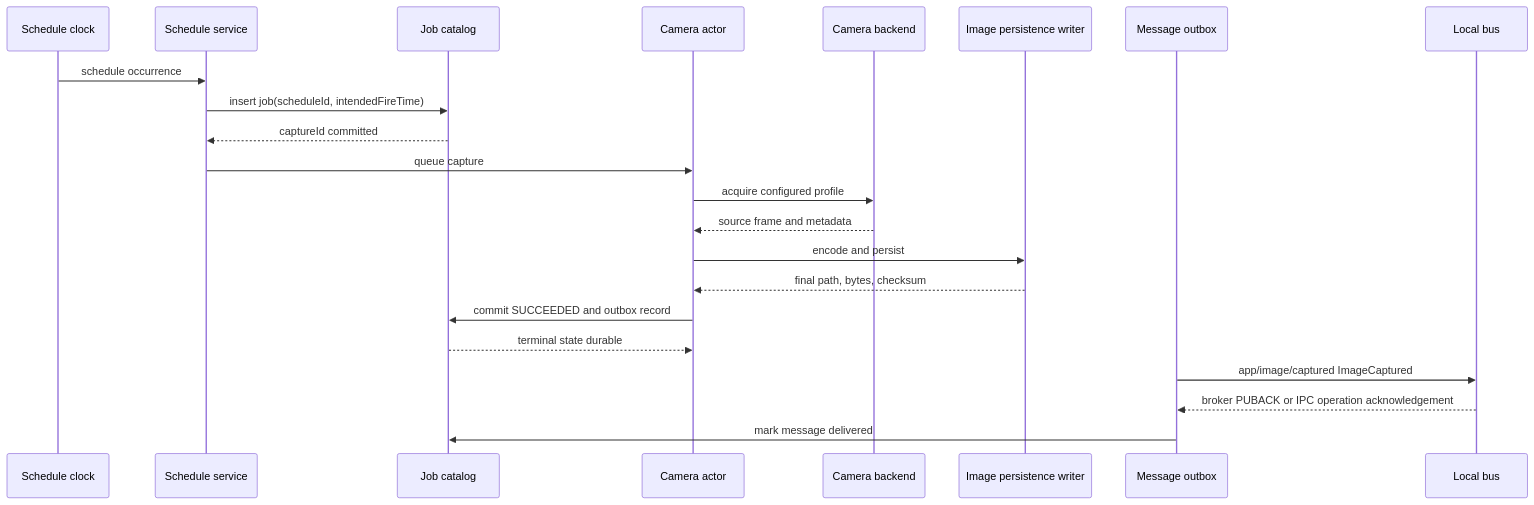
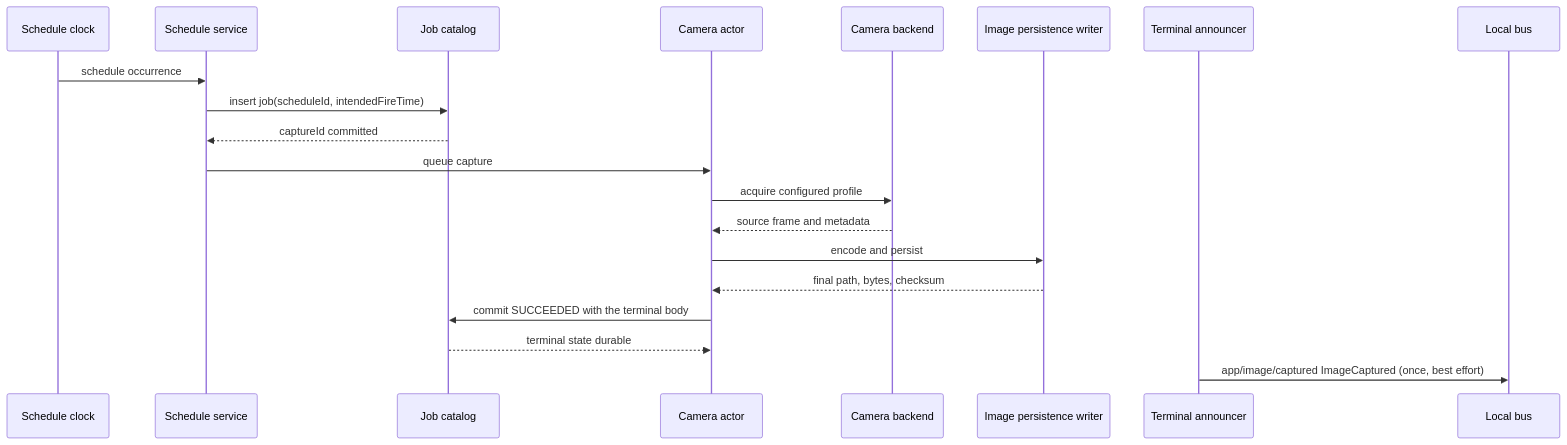
One commit to edgecommons/camera-adapter changed the seventh of 15 diagrams in DESIGN.md. Above: the diagram before and after it, drawn with Mermaid. The commit also changed other lines of this file and 24 other files, not shown here.

````diff
--- a/DESIGN.md
+++ b/DESIGN.md
@@ -1645,25 +1646,23 @@
 ```mermaid
 sequenceDiagram
   participant Clock as Schedule clock
   participant Scheduler as Schedule service
   participant Catalog as Job catalog
   participant Worker as Camera actor
   participant Camera as Camera backend
   participant Disk as Image persistence writer
-  participant Outbox as Message outbox
+  participant Announcer as Terminal announcer
   participant Bus as Local bus
 
   Clock->>Scheduler: schedule occurrence
   Scheduler->>Catalog: insert job(scheduleId, intendedFireTime)
   Catalog-->>Scheduler: captureId committed
   Scheduler->>Worker: queue capture
   Worker->>Camera: acquire configured profile
   Camera-->>Worker: source frame and metadata
   Worker->>Disk: encode and persist
   Disk-->>Worker: final path, bytes, checksum
-  Worker->>Catalog: commit SUCCEEDED and outbox record
+  Worker->>Catalog: commit SUCCEEDED with the terminal body
   Catalog-->>Worker: terminal state durable
-  Outbox->>Bus: app/image/captured ImageCaptured
-  Bus-->>Outbox: broker PUBACK or IPC operation acknowledgement
-  Outbox->>Catalog: mark message delivered
+  Announcer->>Bus: app/image/captured ImageCaptured (once, best effort)
 ```
````
